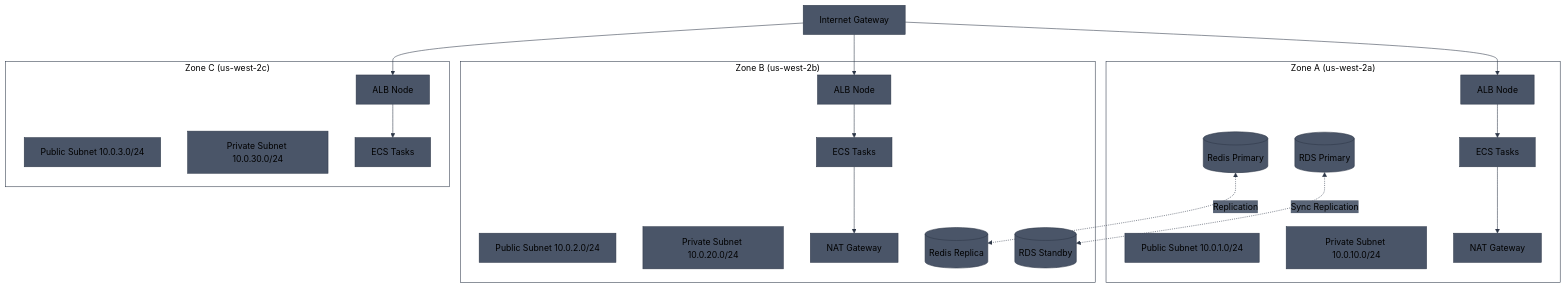
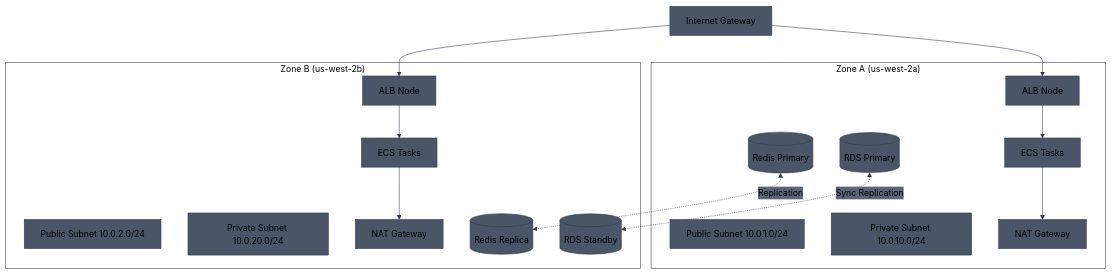
Before and after one commit to aldea-ai/infrastructure-docs: the third of 8 diagrams in diagrams/ecs-architecture.md, drawn with Mermaid. The commit also changed other lines of this file, not shown here.

````diff
--- a/diagrams/ecs-architecture.md
+++ b/diagrams/ecs-architecture.md
@@ -85,42 +85,34 @@
 ```mermaid
 %%{init: {'theme': 'base', 'themeVariables': { 'primaryColor': '#4a5568', 'primaryTextColor': '#000', 'primaryBorderColor': '#2d3748', 'lineColor': '#2d3748', 'secondaryColor': '#5a6577', 'tertiaryColor': '#6b7280', 'clusterBkg': 'transparent', 'clusterBorder': '#2d3748', 'titleColor': '#000'}}}%%
 flowchart TB
     IGW[Internet Gateway]
 
     subgraph AZ_A["Zone A (us-west-2a)"]
         PubA["Public Subnet 10.0.1.0/24"]
         PrivA["Private Subnet 10.0.10.0/24"]
         ALB_A[ALB Node]
         NAT_A[NAT Gateway]
         ECS_A[ECS Tasks]
         REDIS_A[(Redis Primary)]
         RDS_A[(RDS Primary)]
     end
 
     subgraph AZ_B["Zone B (us-west-2b)"]
         PubB["Public Subnet 10.0.2.0/24"]
         PrivB["Private Subnet 10.0.20.0/24"]
         ALB_B[ALB Node]
         NAT_B[NAT Gateway]
         ECS_B[ECS Tasks]
         REDIS_B[(Redis Replica)]
         RDS_B[(RDS Standby)]
     end
 
-    subgraph AZ_C["Zone C (us-west-2c)"]
-        PubC["Public Subnet 10.0.3.0/24"]
-        PrivC["Private Subnet 10.0.30.0/24"]
-        ALB_C[ALB Node]
-        ECS_C[ECS Tasks]
-    end
-
-    IGW --> ALB_A & ALB_B & ALB_C
+    IGW --> ALB_A & ALB_B
     ALB_A --> ECS_A
     ALB_B --> ECS_B
-    ALB_C --> ECS_C
     ECS_A --> NAT_A
     ECS_B --> NAT_B
 
     REDIS_A <-.->|Replication| REDIS_B
     RDS_A <-.->|Sync Replication| RDS_B
 ```
````
